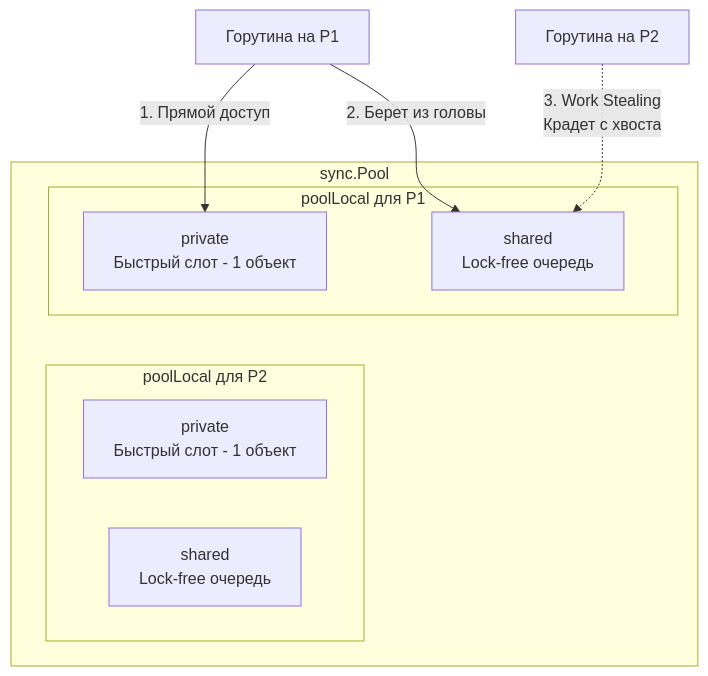
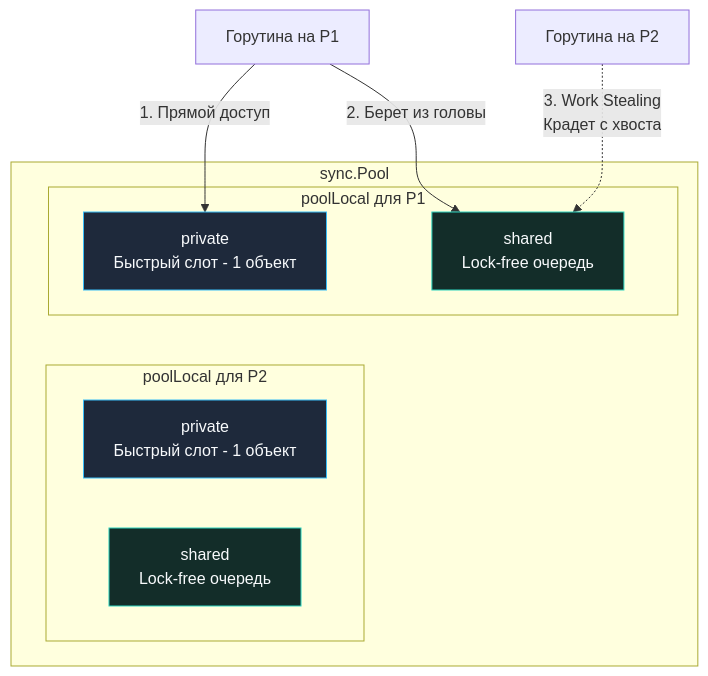
One commit to UnrealTemplier/go-textbook changed the first of 2 diagrams in sources/7. Глубокий Go (Внутреннее устройство)/23. sync_pool под капотом.md. Above: the diagram before and after it, drawn with Mermaid. The commit also changed 1666 other files, not shown here.

First line of the commit message:
feat(mermaid): add semantic color classDef to 1369 colorless flowchart/graph diagrams

````diff
--- a/sources/7. Глубокий Go (Внутреннее устройство)/23. sync_pool под капотом.md
+++ b/sources/7. Глубокий Go (Внутреннее устройство)/23. sync_pool под капотом.md
@@ -30,21 +30,31 @@
 ```mermaid
 flowchart TD
+    classDef process  fill:#1e293b,stroke:#38bdf8,stroke-width:1px,color:#f8fafc
+    classDef success  fill:#064e3b,stroke:#34d399,stroke-width:1px,color:#f8fafc
+    classDef error    fill:#7f1d1d,stroke:#f87171,stroke-width:1px,color:#f8fafc
+    classDef warning  fill:#78350f,stroke:#fbbf24,stroke-width:1px,color:#f8fafc
+    classDef entry    fill:#1e3a5f,stroke:#38bdf8,stroke-width:2px,color:#f8fafc
+    classDef aux      fill:#334155,stroke:#64748b,stroke-width:1px,color:#f8fafc
+    classDef system   fill:#312e81,stroke:#a78bfa,stroke-width:1px,color:#f8fafc
+    classDef data     fill:#132d29,stroke:#2dd4bf,stroke-width:1px,color:#f8fafc
+    classDef network  fill:#881337,stroke:#fb7185,stroke-width:1px,color:#f8fafc
+    classDef accent   fill:#1e1b4b,stroke:#818cf8,stroke-width:1px,color:#f8fafc
     subgraph POOL ["sync.Pool"]
         subgraph P1_LOCAL ["poolLocal для P1"]
-            PRIV1["private<br>Быстрый слот - 1 объект"]
-            SHARED1["shared<br>Lock-free очередь"]
+            PRIV1["private<br>Быстрый слот - 1 объект"]:::process
+            SHARED1["shared<br>Lock-free очередь"]:::data
         end
         
         subgraph P2_LOCAL ["poolLocal для P2"]
-            PRIV2["private<br>Быстрый слот - 1 объект"]
-            SHARED2["shared<br>Lock-free очередь"]
+            PRIV2["private<br>Быстрый слот - 1 объект"]:::process
+            SHARED2["shared<br>Lock-free очередь"]:::data
         end
         
         P1_LOCAL ~~~ P2_LOCAL
     end
     
     G1["Горутина на P1"] -->|"1. Прямой доступ"| PRIV1
     G1 -->|"2. Берет из головы"| SHARED1
     
     G2["Горутина на P2"] -.->|"3. Work Stealing<br>Крадет с хвоста"| SHARED1
 ```
````
